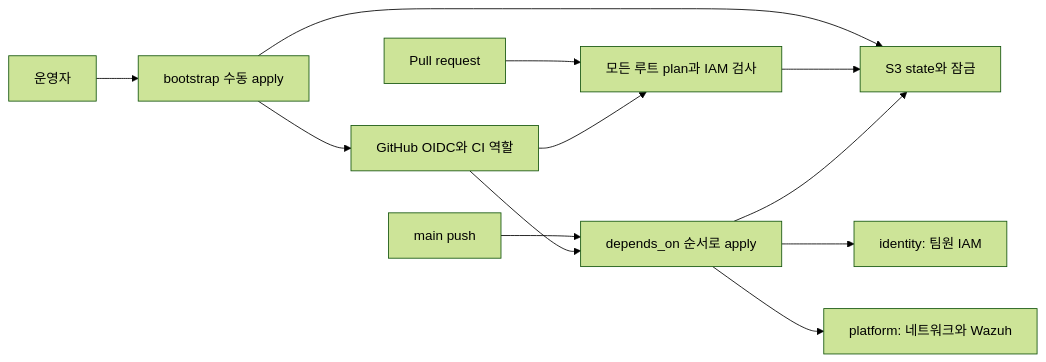
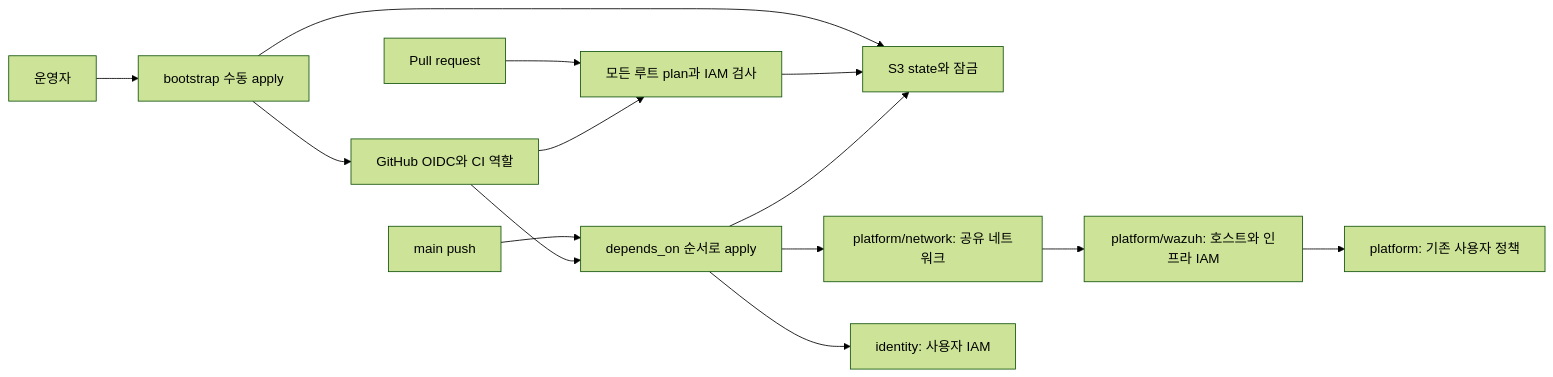
The first of 2 diagrams in docs/architecture.md (kintoun-secops/kintoun-infra), drawn with Mermaid (forest theme) before and after one commit. The commit also changed other lines of this file and 43 other files, not shown here.

Commit message:
refactor(platform): split network and wazuh state

````diff
--- a/docs/architecture.md
+++ b/docs/architecture.md
@@ -8,14 +8,16 @@
 ```mermaid
 flowchart LR
   Admin[운영자] --> Bootstrap[bootstrap 수동 apply]
   Bootstrap --> State[S3 state와 잠금]
   Bootstrap --> OIDC[GitHub OIDC와 CI 역할]
   PR[Pull request] --> Plan[모든 루트 plan과 IAM 검사]
   Main[main push] --> Apply[depends_on 순서로 apply]
   OIDC --> Plan
   OIDC --> Apply
   Plan --> State
   Apply --> State
-  Apply --> Identity[identity: 팀원 IAM]
-  Apply --> Platform[platform: 네트워크와 Wazuh]
+  Apply --> Network[platform/network: 공유 네트워크]
+  Network --> Wazuh[platform/wazuh: 호스트와 인프라 IAM]
+  Apply --> Identity[identity: 사용자 IAM]
+  Wazuh --> Legacy[platform: 기존 사용자 정책]
 ```
````
